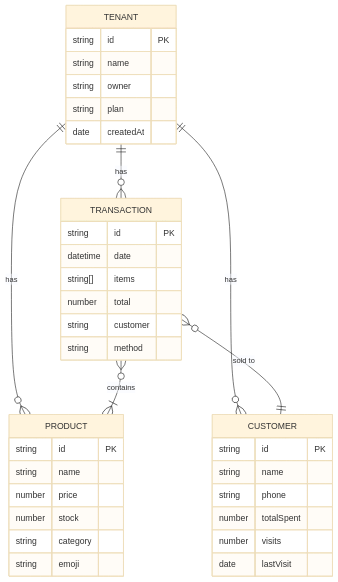
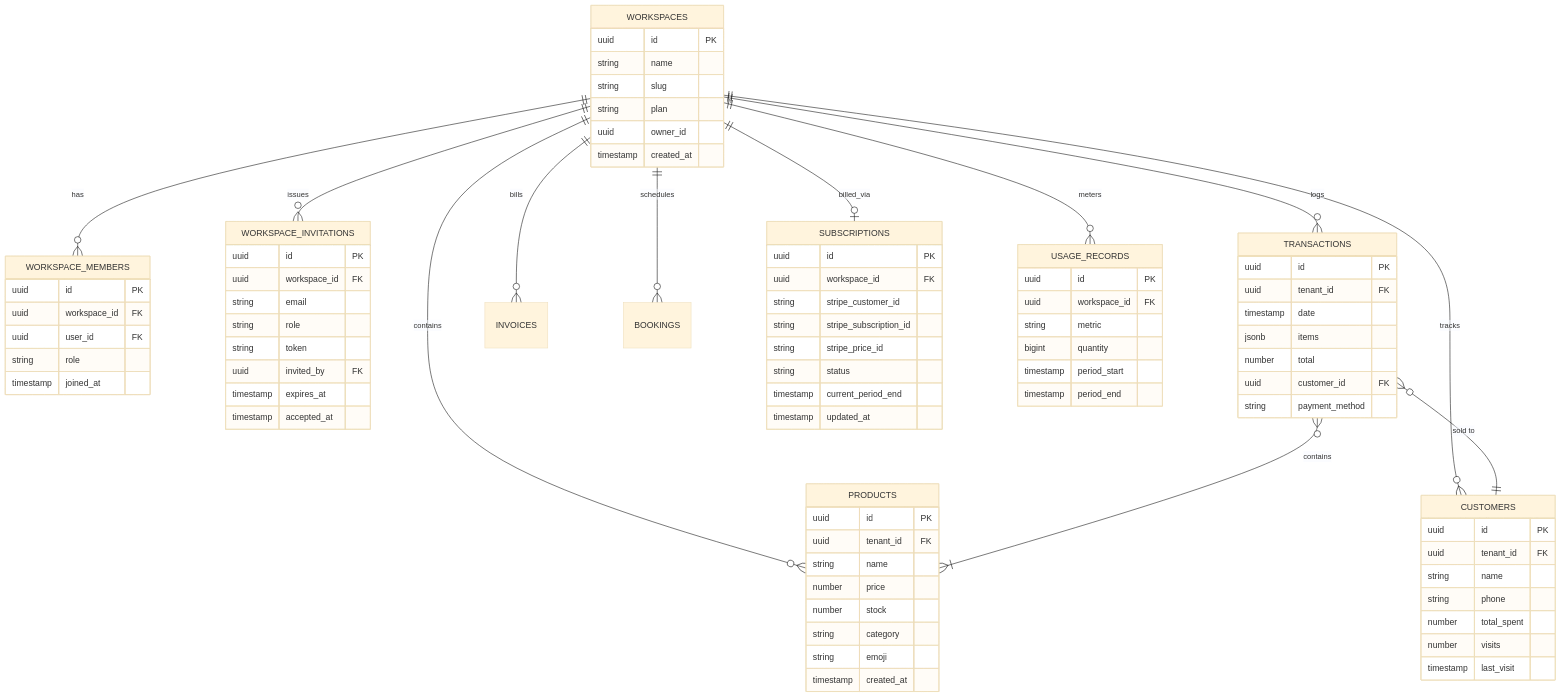
The second of 2 diagrams in POSAS_Blueprint_PRD.md (roedyrustam/posas), drawn with Mermaid (base theme) before and after one commit. The commit also changed other lines of this file and 4 other files, not shown here.

````diff
--- a/POSAS_Blueprint_PRD.md
+++ b/POSAS_Blueprint_PRD.md
@@ -209,43 +242,94 @@
 ```mermaid
 erDiagram
-    TENANT ||--o{ PRODUCT : has
-    TENANT ||--o{ CUSTOMER : has
-    TENANT ||--o{ TRANSACTION : has
-    TRANSACTION }o--|| CUSTOMER : "sold to"
-    TRANSACTION }o--|{ PRODUCT : contains
+    WORKSPACES ||--o{ WORKSPACE_MEMBERS : has
+    WORKSPACES ||--o{ WORKSPACE_INVITATIONS : issues
+    WORKSPACES ||--o{ PRODUCTS : contains
+    WORKSPACES ||--o{ CUSTOMERS : tracks
+    WORKSPACES ||--o{ TRANSACTIONS : logs
+    WORKSPACES ||--o{ INVOICES : bills
+    WORKSPACES ||--o{ BOOKINGS : schedules
+    WORKSPACES ||--o| SUBSCRIPTIONS : billed_via
+    WORKSPACES ||--o{ USAGE_RECORDS : meters
+    
+    TRANSACTIONS }o--|| CUSTOMERS : "sold to"
+    TRANSACTIONS }o--|{ PRODUCTS : contains
 
-    TENANT {
-        string id PK
+    WORKSPACES {
+        uuid id PK
         string name
-        string owner
+        string slug
         string plan
-        date createdAt
+        uuid owner_id
+        timestamp created_at
     }
 
-    PRODUCT {
-        string id PK
+    WORKSPACE_MEMBERS {
+        uuid id PK
+        uuid workspace_id FK
+        uuid user_id FK
+        string role
+        timestamp joined_at
+    }
+
+    WORKSPACE_INVITATIONS {
+        uuid id PK
+        uuid workspace_id FK
+        string email
+        string role
+        string token
+        uuid invited_by FK
+        timestamp expires_at
+        timestamp accepted_at
+    }
+
+    PRODUCTS {
+        uuid id PK
+        uuid tenant_id FK
         string name
         number price
         number stock
         string category
         string emoji
+        timestamp created_at
     }
 
-    CUSTOMER {
-        string id PK
+    CUSTOMERS {
+        uuid id PK
+        uuid tenant_id FK
         string name
         string phone
-        number totalSpent
+        number total_spent
         number visits
-        date lastVisit
+        timestamp last_visit
     }
 
-    TRANSACTION {
-        string id PK
-        datetime date
-        string[] items
+    TRANSACTIONS {
+        uuid id PK
+        uuid tenant_id FK
+        timestamp date
+        jsonb items
         number total
-        string customer
-        string method
+        uuid customer_id FK
+        string payment_method
+    }
+
+    SUBSCRIPTIONS {
+        uuid id PK
+        uuid workspace_id FK
+        string stripe_customer_id
+        string stripe_subscription_id
+        string stripe_price_id
+        string status
+        timestamp current_period_end
+        timestamp updated_at
+    }
+
+    USAGE_RECORDS {
+        uuid id PK
+        uuid workspace_id FK
+        string metric
+        bigint quantity
+        timestamp period_start
+        timestamp period_end
     }
 ```
````
